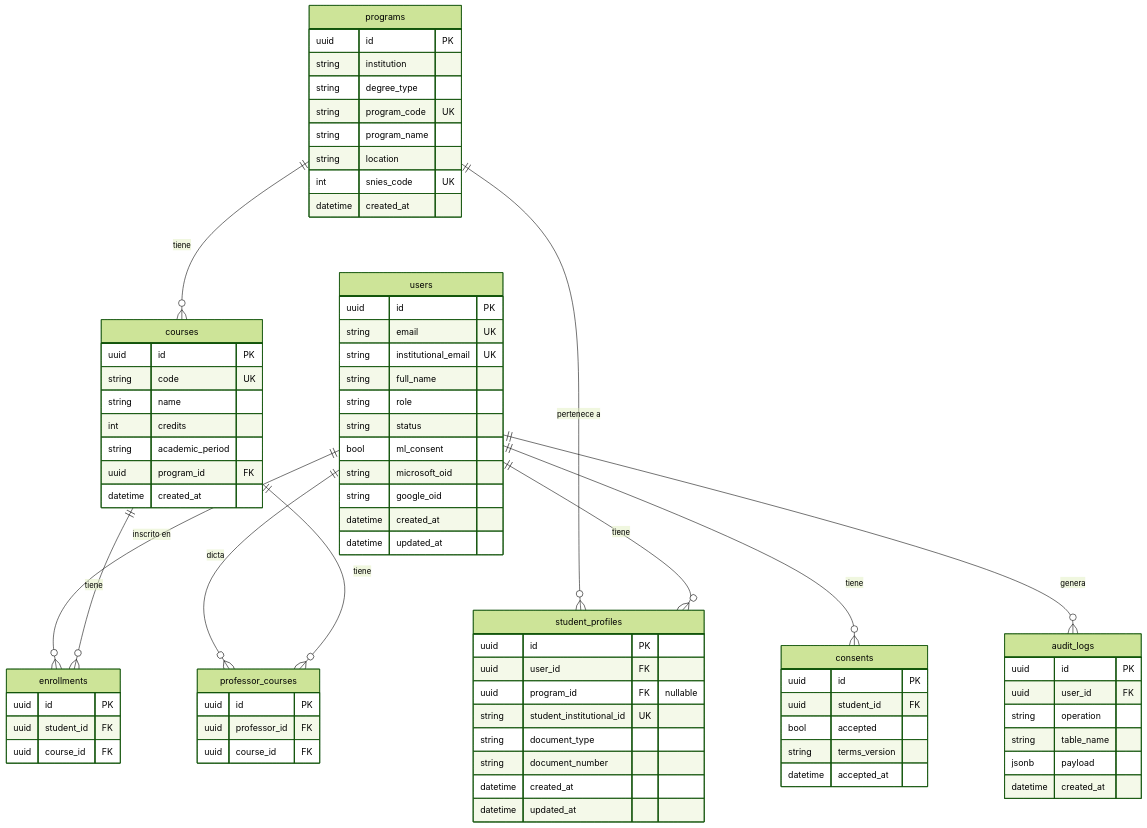
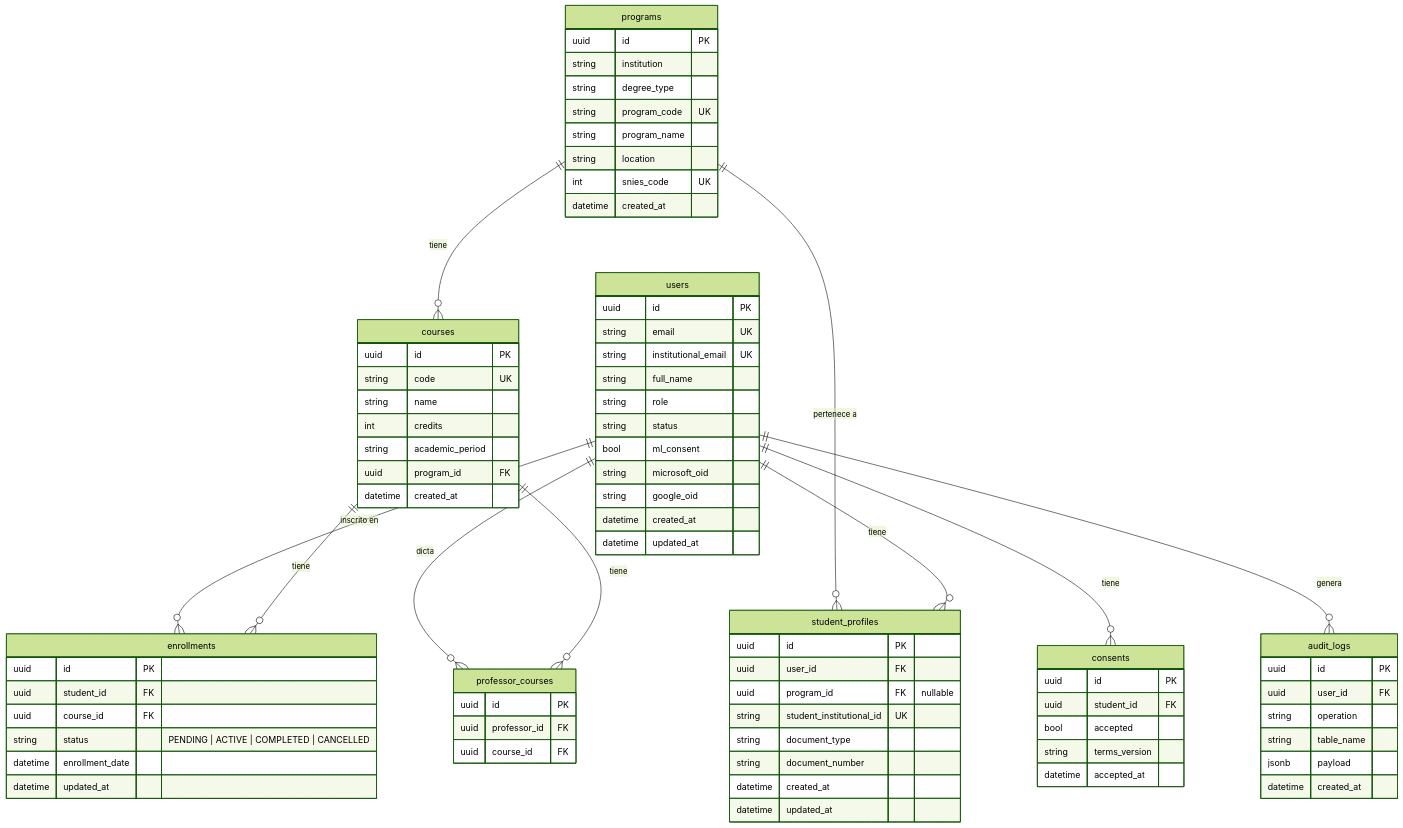
Before and after one commit to emmanuel-yepes-conde/academic-risk-predictor-backend: the diagram in README.md, drawn with Mermaid (forest theme). The commit also changed other lines of this file and 31 other files, not shown here.

````diff
--- a/README.md
+++ b/README.md
@@ -209,79 +214,82 @@
 ```mermaid
 erDiagram
     users {
         uuid id PK
         string email UK
         string institutional_email UK
         string full_name
         string role
         string status
         bool ml_consent
         string microsoft_oid
         string google_oid
         datetime created_at
         datetime updated_at
     }
     programs {
         uuid id PK
         string institution
         string degree_type
         string program_code UK
         string program_name
         string location
         int snies_code UK
         datetime created_at
     }
     courses {
         uuid id PK
         string code UK
         string name
         int credits
         string academic_period
         uuid program_id FK
         datetime created_at
     }
     student_profiles {
         uuid id PK
         uuid user_id FK
         uuid program_id FK "nullable"
         string student_institutional_id UK
         string document_type
         string document_number
         datetime created_at
         datetime updated_at
     }
     consents {
         uuid id PK
         uuid student_id FK
         bool accepted
         string terms_version
         datetime accepted_at
     }
     enrollments {
         uuid id PK
         uuid student_id FK
         uuid course_id FK
+        string status "PENDING | ACTIVE | COMPLETED | CANCELLED"
+        datetime enrollment_date
+        datetime updated_at
     }
     professor_courses {
         uuid id PK
         uuid professor_id FK
         uuid course_id FK
     }
     audit_logs {
         uuid id PK
         uuid user_id FK
         string operation
         string table_name
         jsonb payload
         datetime created_at
     }
     programs ||--o{ courses : "tiene"
     programs ||--o{ student_profiles : "pertenece a"
     users ||--o{ student_profiles : "tiene"
     users ||--o{ consents : "tiene"
     users ||--o{ enrollments : "inscrito en"
     users ||--o{ professor_courses : "dicta"
     courses ||--o{ enrollments : "tiene"
     courses ||--o{ professor_courses : "tiene"
     users ||--o{ audit_logs : "genera"
 ```
````
